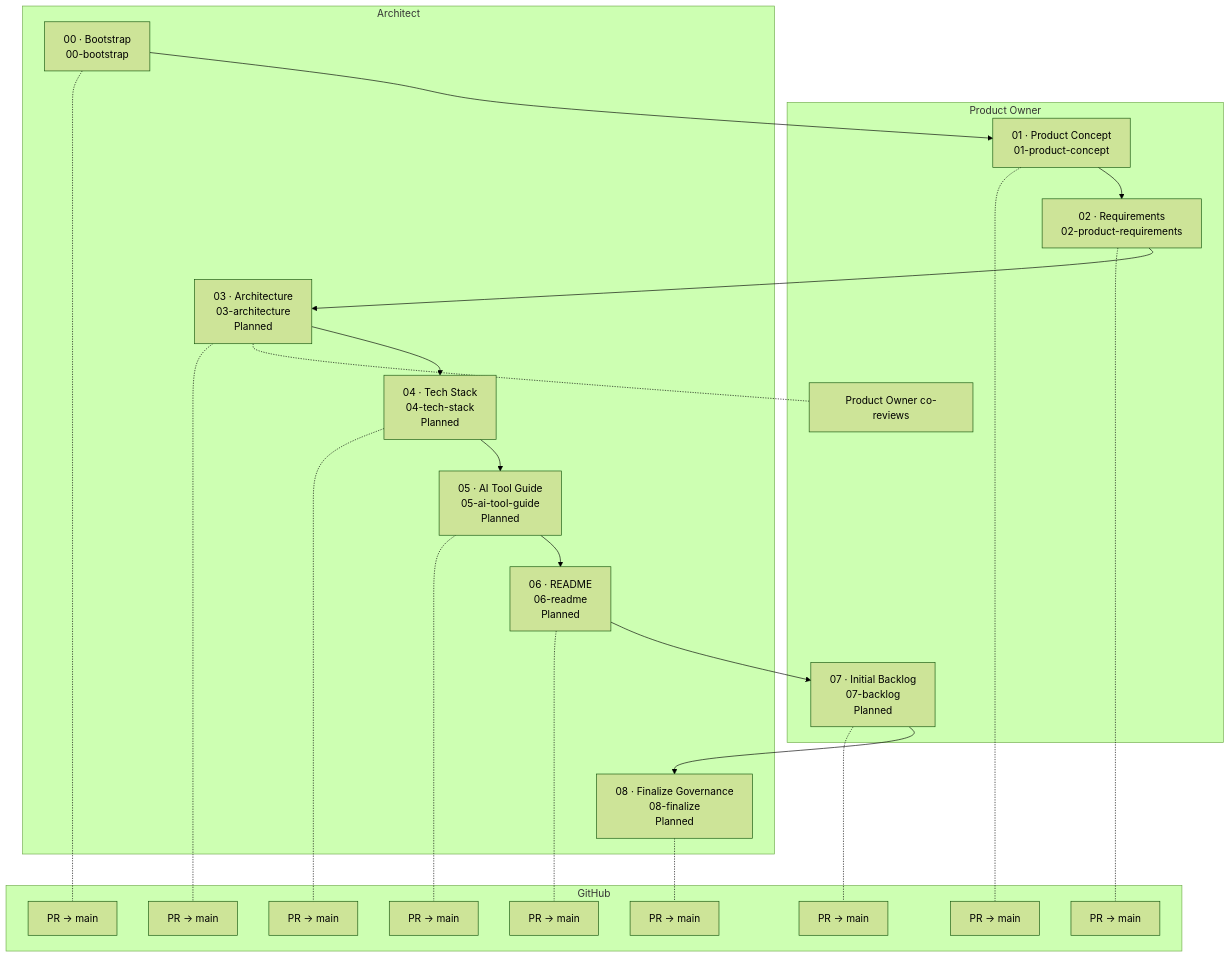
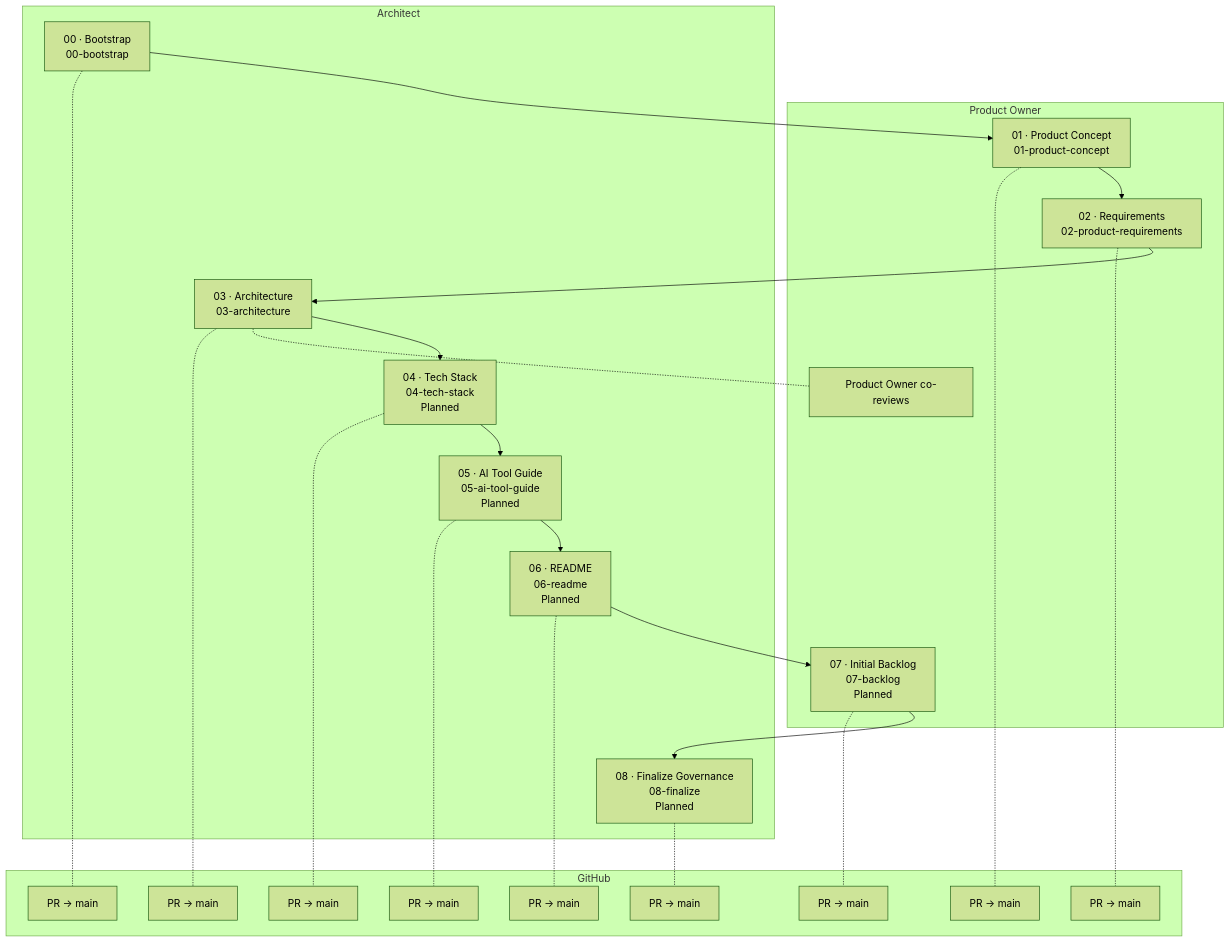
The first of 3 diagrams in docs/guides/Cuevik-Plugins_Walkthrough.md (viralparikh-dev/cuevik-plugins), drawn with Mermaid (forest theme) before and after one commit. The commit also changed other lines of this file and 12 other files, not shown here.

First line of the commit message:
feat: 03-architecture skill (Phase 07)

````diff
--- a/docs/guides/Cuevik-Plugins_Walkthrough.md
+++ b/docs/guides/Cuevik-Plugins_Walkthrough.md
@@ -80,46 +80,46 @@
 ```mermaid
 flowchart TB
   subgraph PO["Product Owner"]
     M1["01 · Product Concept<br/>01-product-concept"]
     M2["02 · Requirements<br/>02-product-requirements"]
     S3_1["Product Owner co-reviews"]
     M7["07 · Initial Backlog<br/>07-backlog<br/>Planned"]
   end
   subgraph AR["Architect"]
     M0["00 · Bootstrap<br/>00-bootstrap"]
-    M3["03 · Architecture<br/>03-architecture<br/>Planned"]
+    M3["03 · Architecture<br/>03-architecture"]
     M4["04 · Tech Stack<br/>04-tech-stack<br/>Planned"]
     M5["05 · AI Tool Guide<br/>05-ai-tool-guide<br/>Planned"]
     M6["06 · README<br/>06-readme<br/>Planned"]
     M8["08 · Finalize Governance<br/>08-finalize<br/>Planned"]
   end
   subgraph GH["GitHub"]
     S0_0["PR → main"]
     S1_0["PR → main"]
     S2_0["PR → main"]
     S3_0["PR → main"]
     S4_0["PR → main"]
     S5_0["PR → main"]
     S6_0["PR → main"]
     S7_0["PR → main"]
     S8_0["PR → main"]
   end
   M0 -.- S0_0
   M0 --> M1
   M1 -.- S1_0
   M1 --> M2
   M2 -.- S2_0
   M2 --> M3
   M3 -.- S3_0
   M3 -.- S3_1
   M3 --> M4
   M4 -.- S4_0
   M4 --> M5
   M5 -.- S5_0
   M5 --> M6
   M6 -.- S6_0
   M6 --> M7
   M7 -.- S7_0
   M7 --> M8
   M8 -.- S8_0
 ```
````
